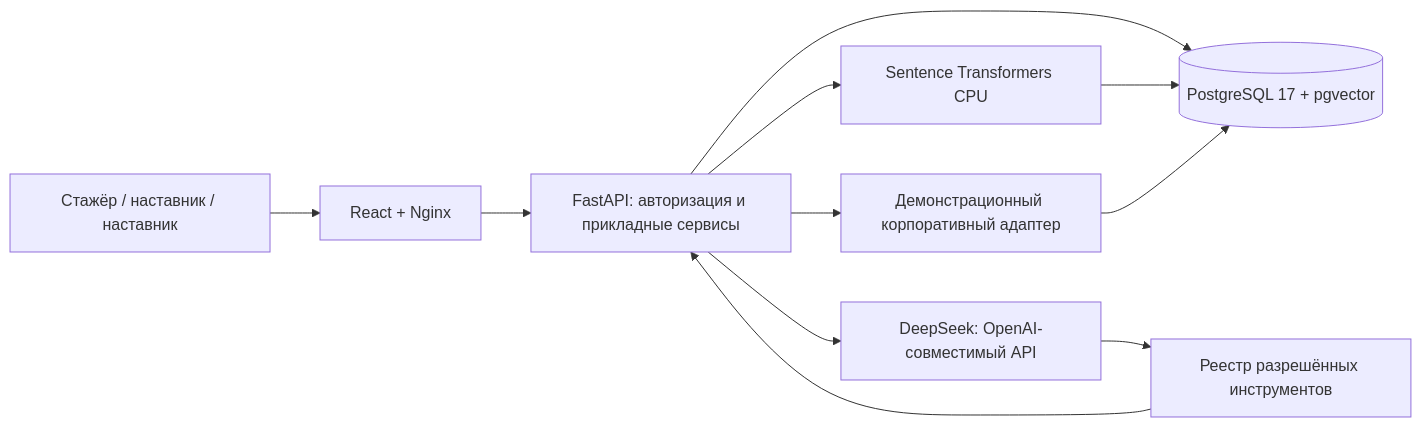
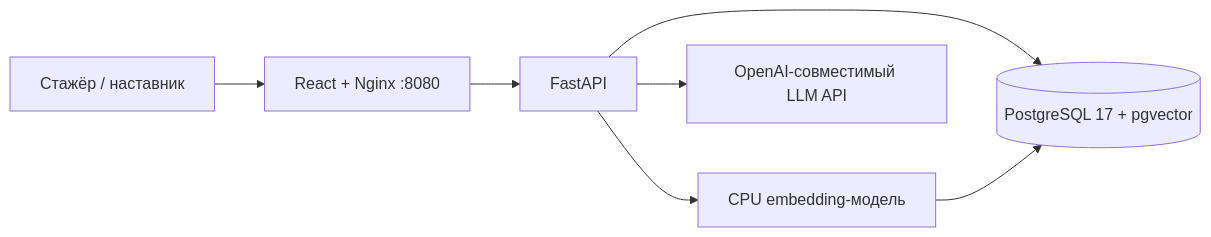
Before and after one commit to ilasaa/ai-buddy: the diagram in README.md, drawn with Mermaid. The commit also changed other lines of this file and 3 other files, not shown here.

````diff
--- a/README.md
+++ b/README.md
@@ -26,13 +81,9 @@
 ```mermaid
 flowchart LR
-    U[Стажёр / наставник / наставник] --> F[React + Nginx]
-    F --> B[FastAPI: авторизация и прикладные сервисы]
+    U[Стажёр / наставник] --> F[React + Nginx :8080]
+    F --> B[FastAPI]
     B --> P[(PostgreSQL 17 + pgvector)]
-    B --> E[Sentence Transformers CPU]
+    B --> E[CPU embedding-модель]
     E --> P
-    B --> L[DeepSeek: OpenAI-совместимый API]
-    L --> T[Реестр разрешённых инструментов]
-    T --> B
-    B --> A[Демонстрационный корпоративный адаптер]
-    A --> P
+    B --> L[OpenAI-совместимый LLM API]
 ```
````
